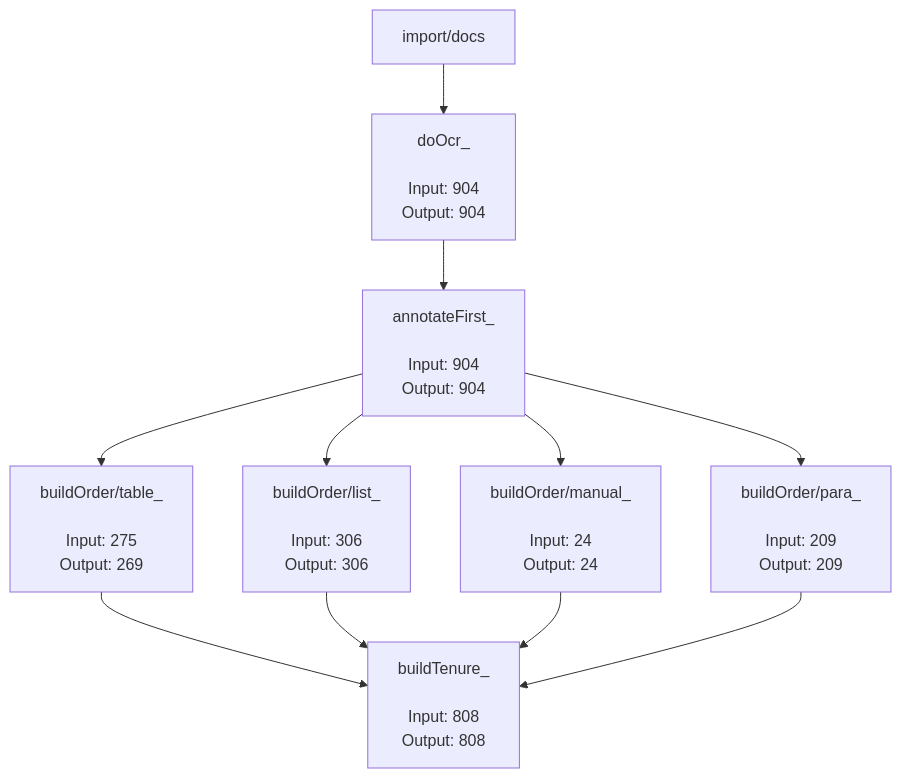
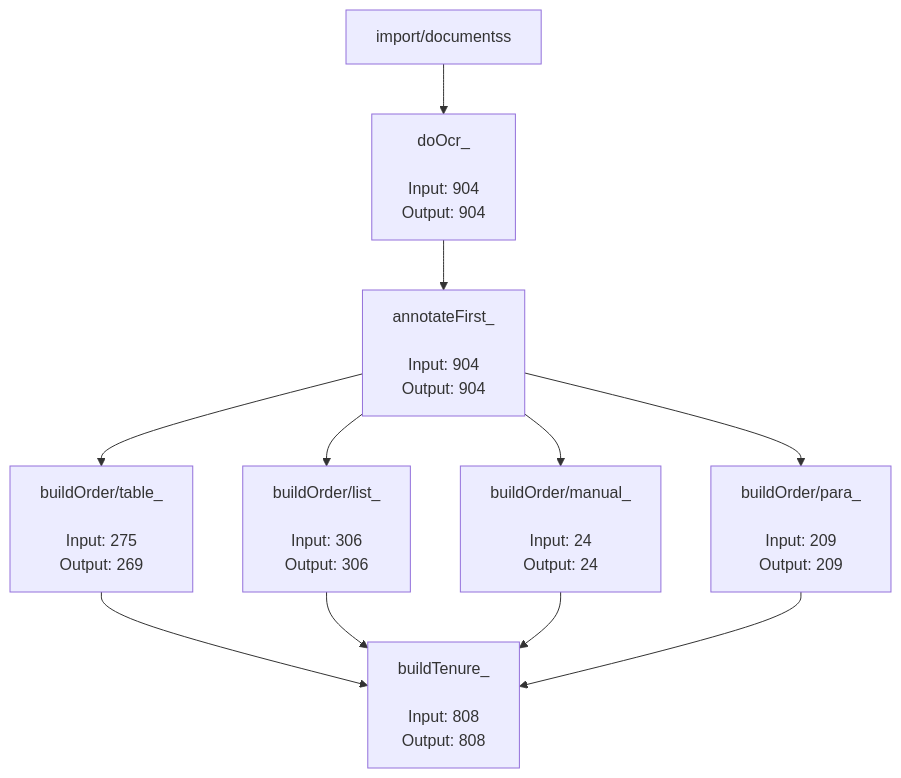
Before and after one commit to mukundesh/calcu: the diagram in calcu/README.md, drawn with Mermaid. The commit also changed other lines of this file, not shown here.

````diff
--- a/calcu/README.md
+++ b/calcu/README.md
@@ -2,21 +2,21 @@
 ```mermaid
 graph TD;
         buildOrder/table_[<div align=leg>buildOrder/table_</div><br/>Input: 275<br/>Output: 269] --> buildTenure_[<div align=leg>buildTenure_</div><br/>Input: 808<br/>Output: 808];
         buildOrder/list_[<div align=leg>buildOrder/list_</div><br/>Input: 306<br/>Output: 306] --> buildTenure_[<div align=leg>buildTenure_</div><br/>Input: 808<br/>Output: 808];
         buildOrder/manual_[<div align=leg>buildOrder/manual_</div><br/>Input: 24<br/>Output: 24] --> buildTenure_[<div align=leg>buildTenure_</div><br/>Input: 808<br/>Output: 808];
         buildOrder/para_[<div align=leg>buildOrder/para_</div><br/>Input: 209<br/>Output: 209] --> buildTenure_[<div align=leg>buildTenure_</div><br/>Input: 808<br/>Output: 808];
         annotateFirst_[<div align=leg>annotateFirst_</div><br/>Input: 904<br/>Output: 904] --> buildOrder/table_;
         annotateFirst_[<div align=leg>annotateFirst_</div><br/>Input: 904<br/>Output: 904] --> buildOrder/list_;
         annotateFirst_[<div align=leg>annotateFirst_</div><br/>Input: 904<br/>Output: 904] --> buildOrder/manual_;
         annotateFirst_[<div align=leg>annotateFirst_</div><br/>Input: 904<br/>Output: 904] --> buildOrder/para_;
         doOcr_[<div align=leg>doOcr_</div><br/>Input: 904<br/>Output: 904] --> annotateFirst_;
-        import/docs --> doOcr_;
+        import/documentss --> doOcr_;
         click buildOrder/list_ "https://github.com/orgpedia/cabsec2/tree/main/flow/buildOrder/list_" "buildOrder/list_";
         click buildOrder/para_ "https://github.com/orgpedia/cabsec2/tree/main/flow/buildOrder/para_" "buildOrder/para_";
         click buildTenure_ "https://github.com/orgpedia/cabsec2/tree/main/flow/buildTenure_" "buildTenure_";
         click buildOrder/manual_ "https://github.com/orgpedia/cabsec2/tree/main/flow/buildOrder/manual_" "buildOrder/manual_";
         click doOcr_ "https://github.com/orgpedia/cabsec2/tree/main/flow/doOcr_" "doOcr_";
         click annotateFirst_ "https://github.com/orgpedia/cabsec2/tree/main/flow/annotateFirst_" "annotateFirst_";
         click buildOrder/table_ "https://github.com/orgpedia/cabsec2/tree/main/flow/buildOrder/table_" "buildOrder/table_";
         click import/docs "https://github.com/orgpedia/cabsec2/tree/main/import/docs" "import/docs";
 ```
````
